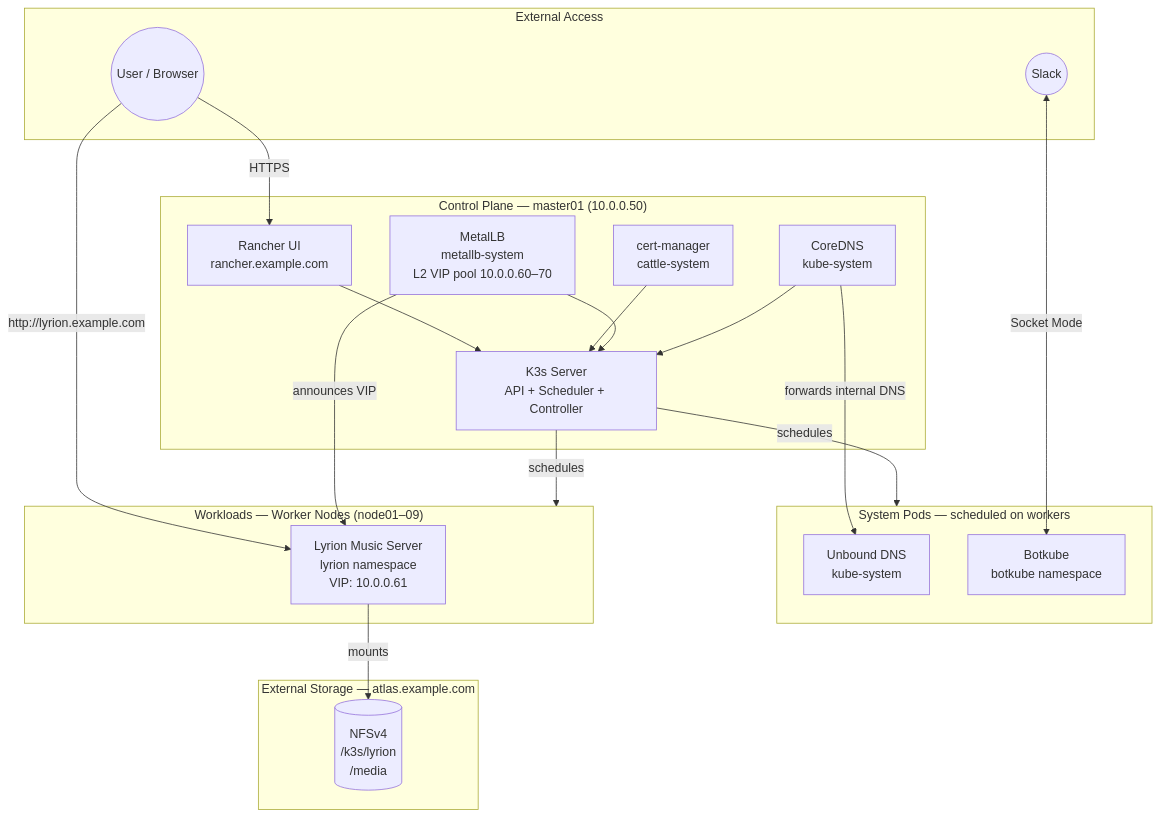
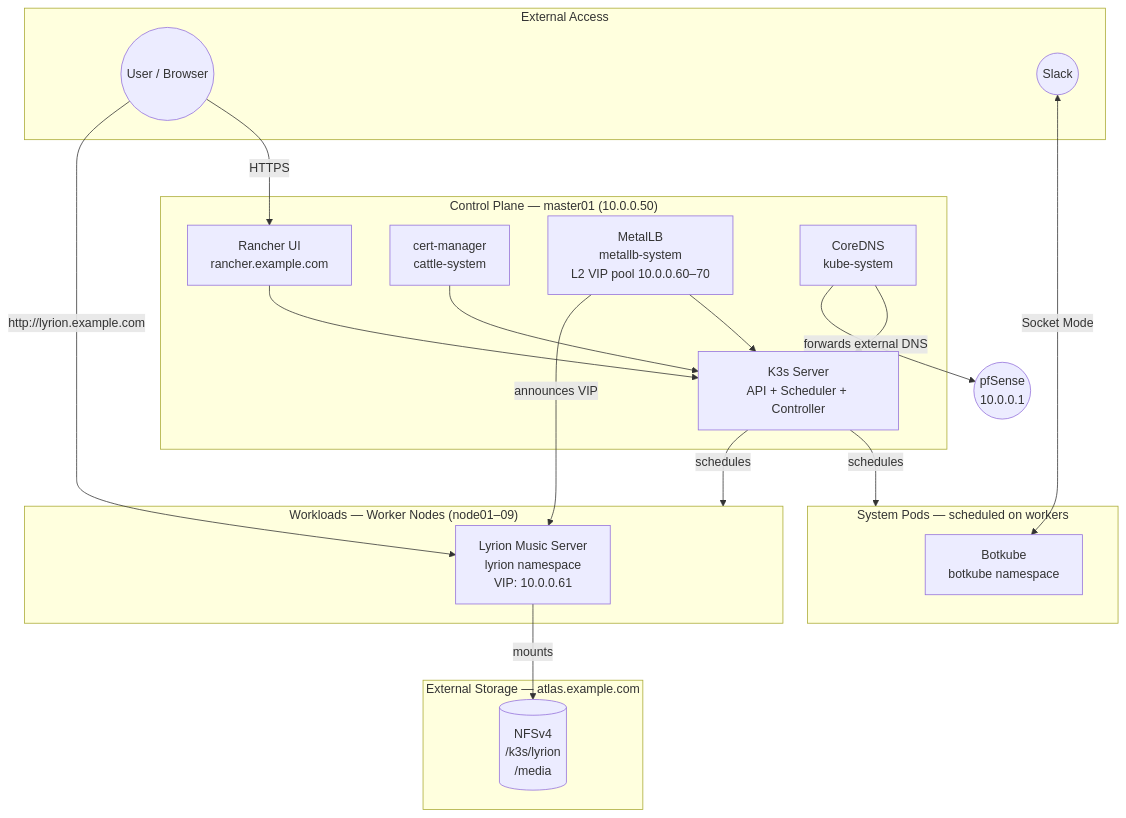
Before and after one commit to NikolajHansen/raspberry-pi-k3s-cluster: the second of 2 diagrams in docs/architecture.md, drawn with Mermaid. The commit also changed other lines of this file and 5 other files, not shown here.

First line of the commit message:
Remove Unbound DNS — CoreDNS forwards directly to pfSense

````diff
--- a/docs/architecture.md
+++ b/docs/architecture.md
@@ -59,41 +58,40 @@
 ```mermaid
 graph TD
     subgraph external["External Access"]
         user((User / Browser))
         slack((Slack))
     end
 
     subgraph master_plane["Control Plane — master01 (10.0.0.50)"]
         k3s[K3s Server\nAPI + Scheduler + Controller]
         rancher[Rancher UI\nrancher.example.com]
         certmgr[cert-manager\ncattle-system]
         metallb[MetalLB\nmetallb-system\nL2 VIP pool 10.0.0.60–70]
         coredns[CoreDNS\nkube-system]
     end
 
     subgraph system_pods["System Pods — scheduled on workers"]
-        unbound[Unbound DNS\nkube-system]
         botkube[Botkube\nbotkube namespace]
     end
 
     subgraph workloads["Workloads — Worker Nodes (node01–09)"]
         lyrion[Lyrion Music Server\nlyrion namespace\nVIP: 10.0.0.61]
     end
 
     subgraph storage["External Storage — atlas.example.com"]
         nfs[(NFSv4\n/k3s/lyrion\n/media)]
     end
 
     user -->|HTTPS| rancher
     user -->|http://lyrion.example.com| lyrion
     slack <-->|Socket Mode| botkube
     rancher --> k3s
     certmgr --> k3s
     metallb --> k3s
     coredns --> k3s
+    coredns -->|forwards external DNS| pfsense((pfSense\n10.0.0.1))
     k3s -->|schedules| system_pods
     k3s -->|schedules| workloads
-    coredns -->|forwards internal DNS| unbound
     metallb -->|announces VIP| lyrion
     lyrion -->|mounts| nfs
 ```
````
